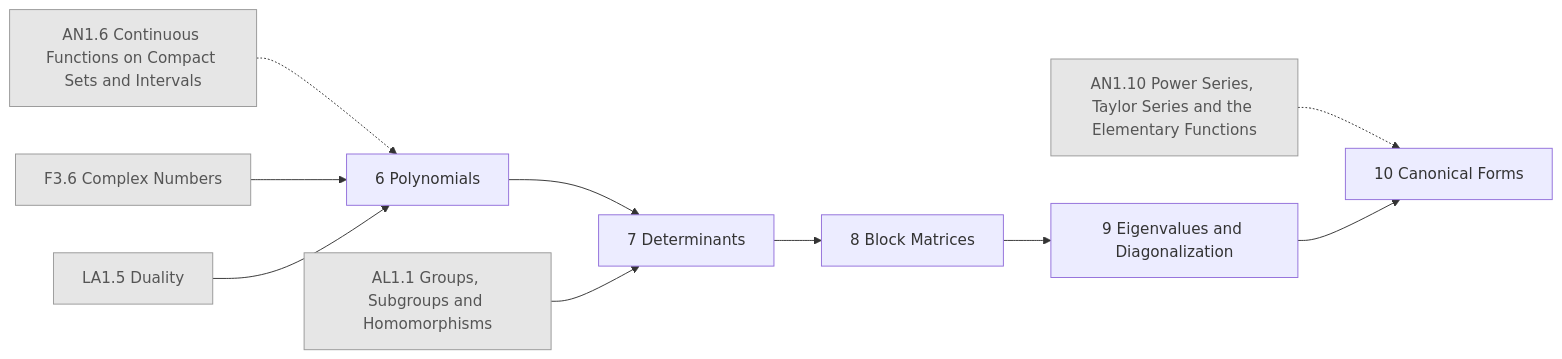
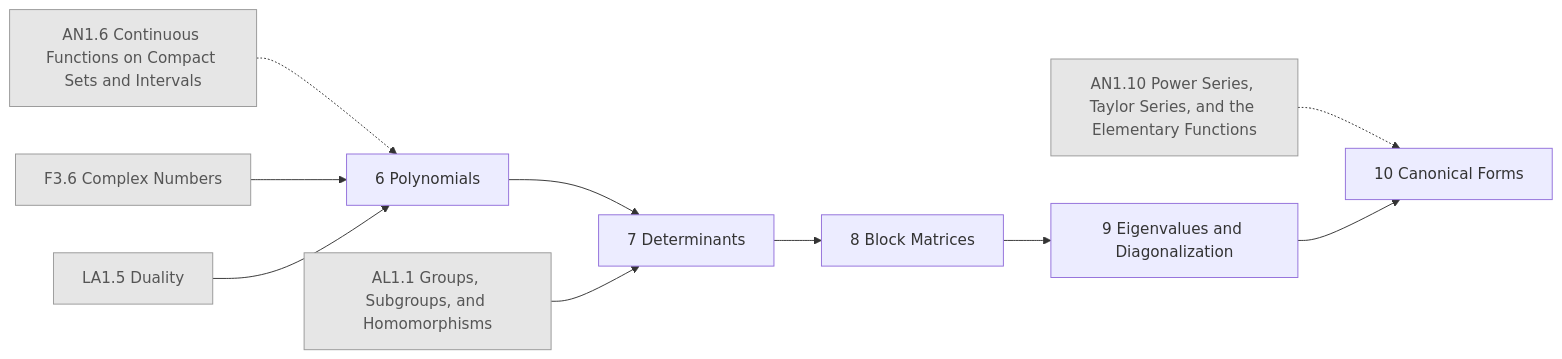
One commit to AkizumiFox/math-atlas changed the eighth of 26 diagrams in generated/README.md. Above: the diagram before and after it, drawn with Mermaid. The commit also changed other lines of this file and 24 other files, not shown here.

````diff
--- a/generated/README.md
+++ b/generated/README.md
@@ -233,25 +233,25 @@
 ```mermaid
 flowchart LR
   AN1_6["AN1.6 Continuous Functions on Compact Sets and Intervals"]:::ext
-  AN1_10["AN1.10 Power Series, Taylor Series and the Elementary Functions"]:::ext
+  AN1_10["AN1.10 Power Series, Taylor Series, and the Elementary Functions"]:::ext
   F3_6["F3.6 Complex Numbers"]:::ext
   LA1_5["LA1.5 Duality"]:::ext
-  AL1_1["AL1.1 Groups, Subgroups and Homomorphisms"]:::ext
+  AL1_1["AL1.1 Groups, Subgroups, and Homomorphisms"]:::ext
   LA2_6["6 Polynomials"]
   LA2_7["7 Determinants"]
   LA2_8["8 Block Matrices"]
   LA2_9["9 Eigenvalues and Diagonalization"]
   LA2_10["10 Canonical Forms"]
   AN1_6 -.-> LA2_6
   F3_6 --> LA2_6
   LA1_5 --> LA2_6
   LA2_6 --> LA2_7
   AL1_1 --> LA2_7
   LA2_7 --> LA2_8
   LA2_8 --> LA2_9
   AN1_10 -.-> LA2_10
   LA2_9 --> LA2_10
   classDef ext fill:#e6e6e6,stroke:#999,color:#555
   classDef opt fill:#fff,stroke:#999,stroke-dasharray:4 3,color:#555
   classDef segb fill:#f6f6fb,stroke:#99a,color:#333
 ```
````
